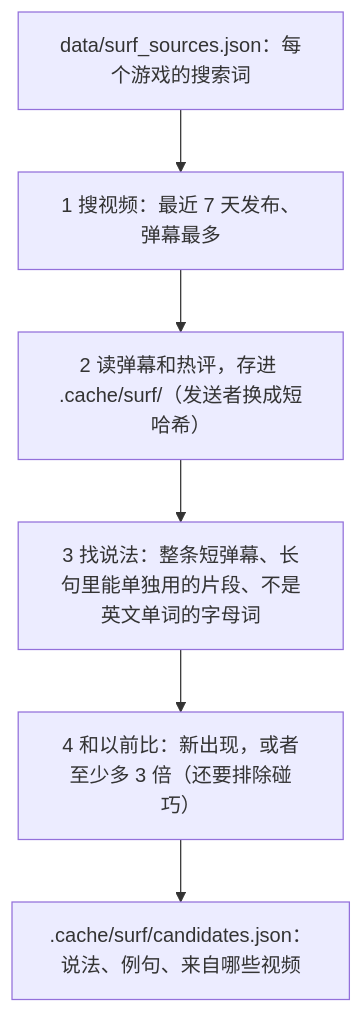
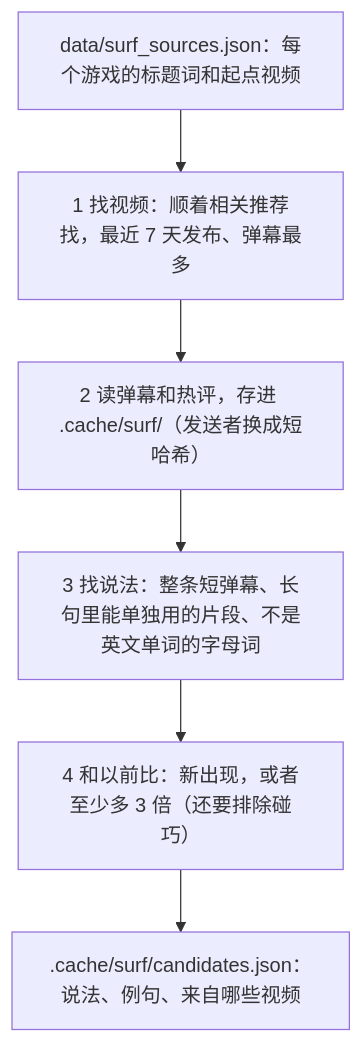
Before and after one commit to HHCreator/StupidTransilator: the third of 3 diagrams in docs/DESIGN.md, drawn with Mermaid. The commit also changed other lines of this file and 5 other files, not shown here.

````diff
--- a/docs/DESIGN.md
+++ b/docs/DESIGN.md
@@ -469,8 +471,8 @@
 ```mermaid
 flowchart TD
-    A["data/surf_sources.json：每个游戏的搜索词"] --> B["1 搜视频：最近 7 天发布、弹幕最多"]
+    A["data/surf_sources.json：每个游戏的标题词和起点视频"] --> B["1 找视频：顺着相关推荐找，最近 7 天发布、弹幕最多"]
     B --> C["2 读弹幕和热评，存进 .cache/surf/（发送者换成短哈希）"]
     C --> D["3 找说法：整条短弹幕、长句里能单独用的片段、不是英文单词的字母词"]
     D --> E["4 和以前比：新出现，或者至少多 3 倍（还要排除碰巧）"]
     E --> F[".cache/surf/candidates.json：说法、例句、来自哪些视频"]
 ```
````
